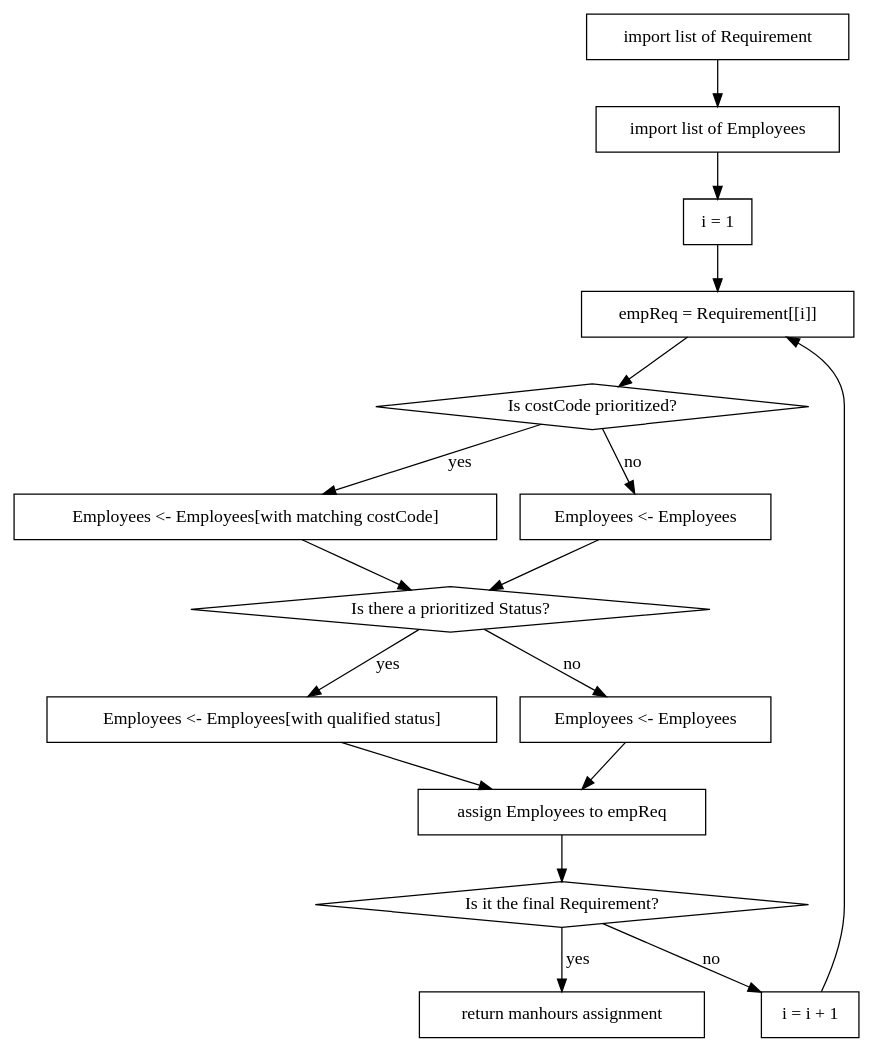
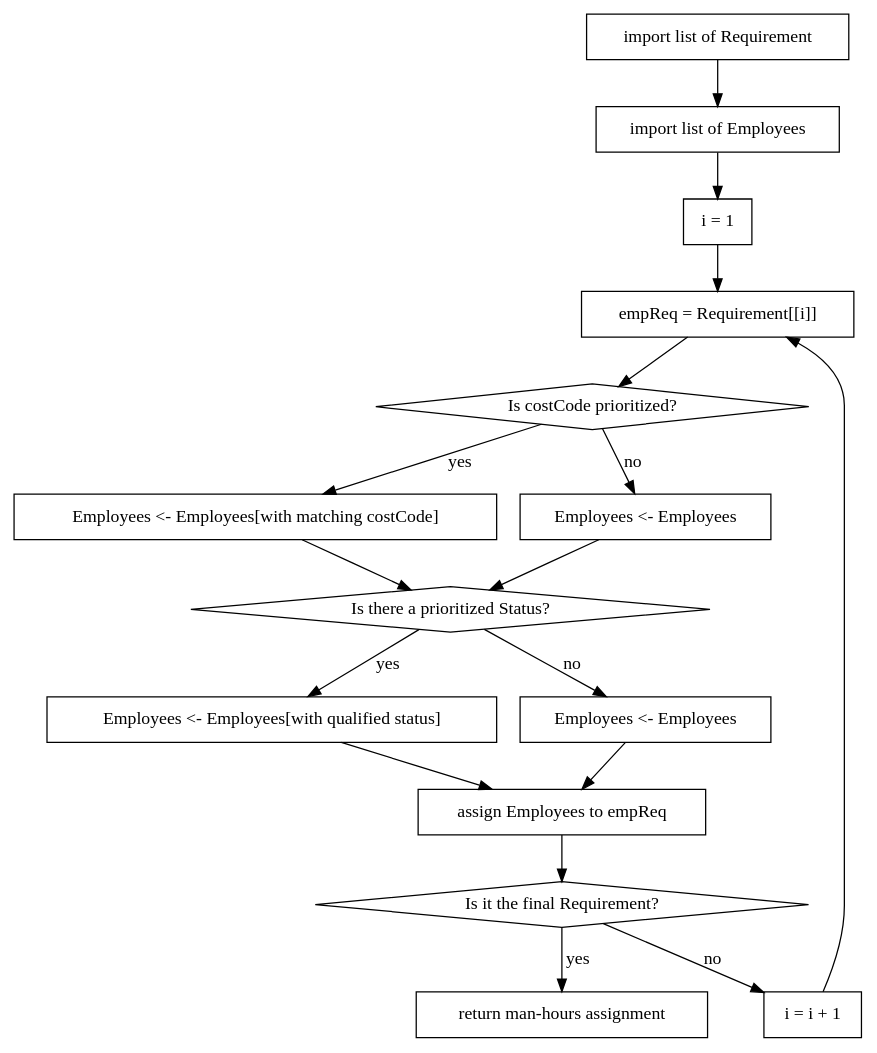
Before and after one commit to basilrabi/mansched: the second of 2 diagrams in flow.Rmd, drawn with Graphviz. The commit also changed 32 other files, not shown here.

````diff
--- a/flow.Rmd
+++ b/flow.Rmd
@@ -95,36 +95,36 @@
 ```{dot, echo=FALSE}
 digraph assignPool {
 
 node [shape = box]
 
   pA [label = "import list of Requirement"]
   pB [label = "import list of Employees"]
   pC [label = "i = 1"]
   pD [label = "empReq = Requirement[[i]]"]
   pE [label = "Employees <- Employees[with matching costCode]"]
   pF [label = "Employees <- Employees"]
   pG [label = "Employees <- Employees[with qualified status]"]
   pH [label = "Employees <- Employees"]
   pI [label = "assign Employees to empReq"]
-  pJ [label = "return manhours assignment"]
+  pJ [label = "return man-hours assignment"]
   pK [label = "i = i + 1"]
   
   
 node [shape = diamond]
 
   dA [label = "Is costCode prioritized?"]
   dB [label = "Is there a prioritized Status?"]
   dC [label = "Is it the final Requirement?"]
 
 pA -> pB -> pC -> pD -> dA
 dA -> pE [label = "yes"]
 dA -> pF [label = "no"]
 {pE, pF} -> dB
 dB -> pG [label = "yes"]
 dB -> pH [label = "no"]
 {pG, pH} -> pI -> dC
 dC -> pJ [label = yes]
 dC -> pK [label = no]
 pK -> pD
 }
 ```
````
